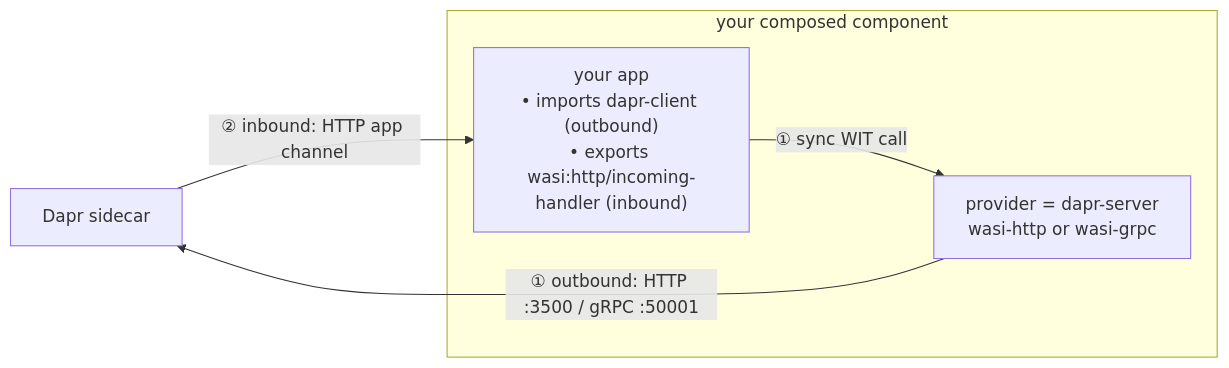
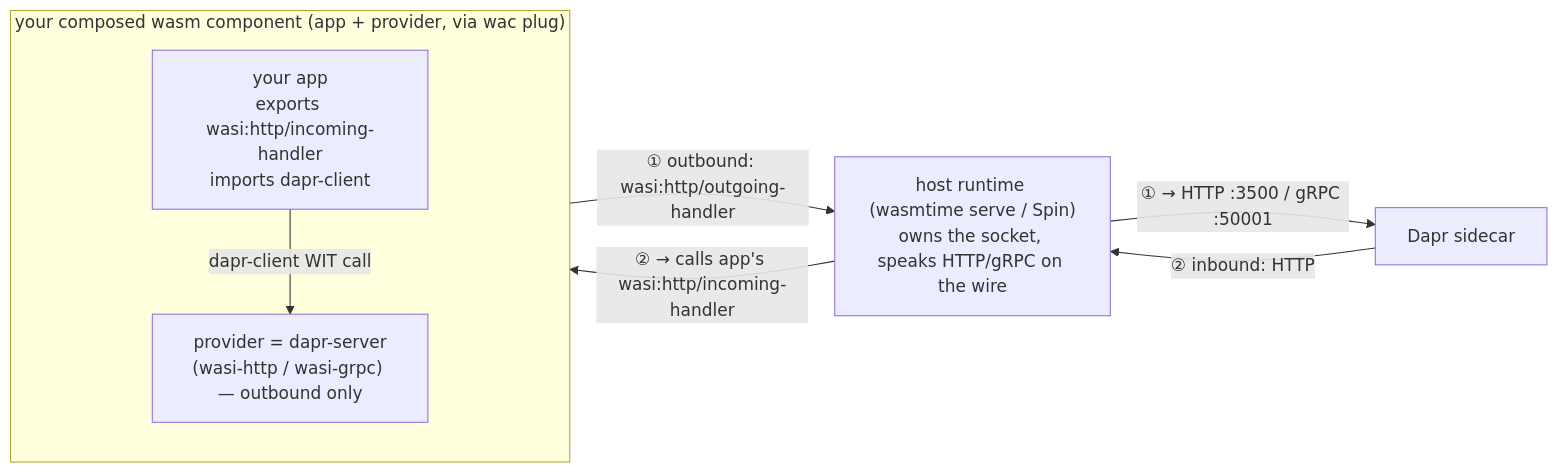
Before and after one commit to sideeffffect/dapr-wasm-components: the diagram in README.md, drawn with Mermaid. The commit also changed other lines of this file and 1 other file, not shown here.

First line of the commit message:
docs: one truthful inbound/outbound diagram; deep inbound-path investigation in wiki

````diff
--- a/README.md
+++ b/README.md
@@ -60,13 +50,17 @@
 ```mermaid
 flowchart LR
     sidecar["Dapr sidecar"]
+    host["host runtime (wasmtime serve / Spin)<br/>owns the socket, speaks HTTP/gRPC on the wire"]
 
-    subgraph composed["your composed component"]
-        app["your app<br/>• imports dapr-client (outbound)<br/>• exports wasi:http/incoming-handler (inbound)"]
-        impl["provider = dapr-server<br/>wasi-http or wasi-grpc"]
-        app -- "① sync WIT call" --> impl
+    subgraph composed["your composed wasm component (app + provider, via wac plug)"]
+        direction TB
+        app["your app<br/>exports wasi:http/incoming-handler<br/>imports dapr-client"]
+        impl["provider = dapr-server<br/>(wasi-http / wasi-grpc) — outbound only"]
+        app -- "dapr-client WIT call" --> impl
     end
 
-    impl -- "① outbound: HTTP :3500 / gRPC :50001" --> sidecar
-    sidecar -- "② inbound: HTTP app channel" --> app
+    impl -- "① outbound: wasi:http/outgoing-handler" --> host
+    host -- "① → HTTP :3500 / gRPC :50001" --> sidecar
+    sidecar -- "② inbound: HTTP" --> host
+    host -- "② → calls app's wasi:http/incoming-handler" --> app
 ```
````
